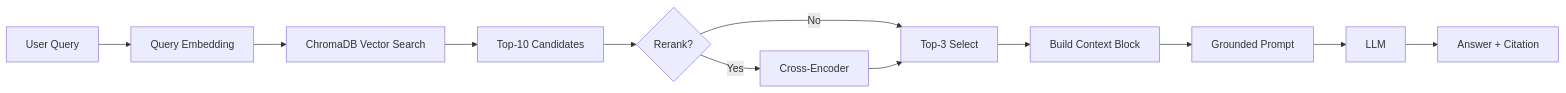
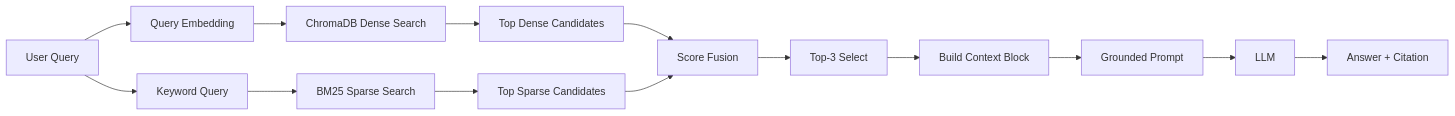
Before and after one commit to phuvo05/day08-group06-E402: the diagram in docs/architecture.md, drawn with Mermaid. The commit also changed other lines of this file, not shown here.

Commit message:
feat: Enhance architecture documentation with updated indexing and retrieval strategies

````diff
--- a/docs/architecture.md
+++ b/docs/architecture.md
@@ -122,14 +126,16 @@
 ```mermaid
 graph LR
     A[User Query] --> B[Query Embedding]
-    B --> C[ChromaDB Vector Search]
-    C --> D[Top-10 Candidates]
-    D --> E{Rerank?}
-    E -->|Yes| F[Cross-Encoder]
-    E -->|No| G[Top-3 Select]
-    F --> G
-    G --> H[Build Context Block]
-    H --> I[Grounded Prompt]
-    I --> J[LLM]
-    J --> K[Answer + Citation]
+    A --> C[Keyword Query]
+    B --> D[ChromaDB Dense Search]
+    C --> E[BM25 Sparse Search]
+    D --> F[Top Dense Candidates]
+    E --> G[Top Sparse Candidates]
+    F --> H[Score Fusion]
+    G --> H
+    H --> I[Top-3 Select]
+    I --> J[Build Context Block]
+    J --> K[Grounded Prompt]
+    K --> L[LLM]
+    L --> M[Answer + Citation]
 ```
````
